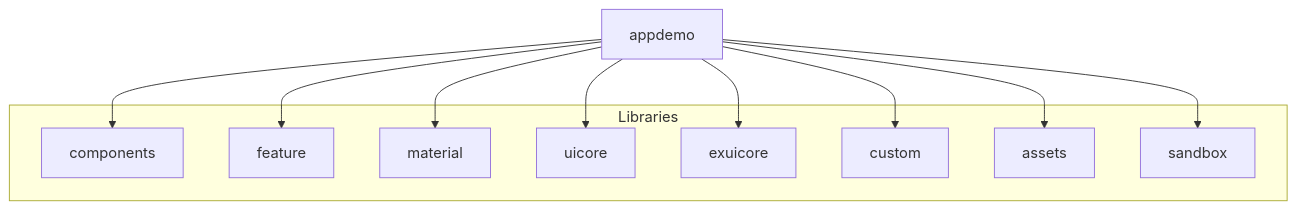
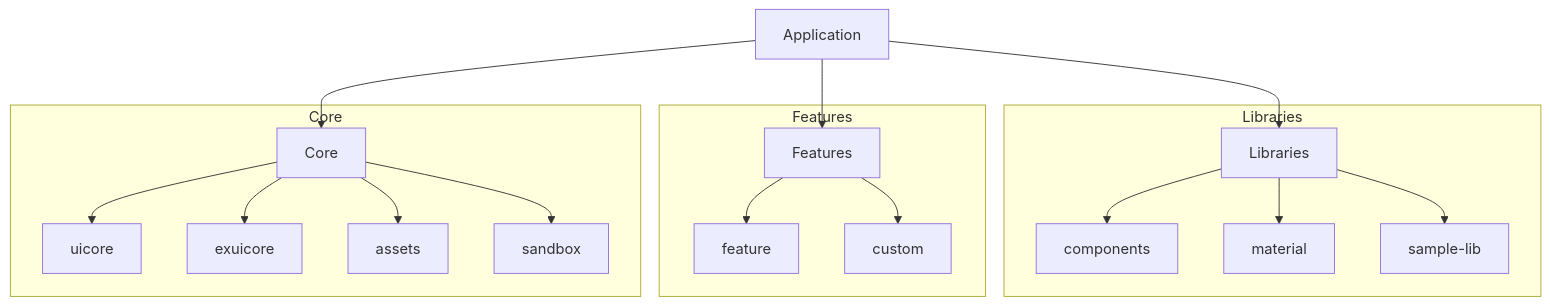
Before and after one commit to HankTk/app-builder: the diagram in README.md, drawn with Mermaid. The commit also changed other lines of this file and 3 other files, not shown here.

````diff
--- a/README.md
+++ b/README.md
@@ -62,22 +63,24 @@
 ```mermaid
 graph TD
-    A[appdemo] --> B[components]
-    A --> C[feature]
-    A --> D[material]
-    A --> E[uicore]
-    A --> F[exuicore]
-    A --> G[custom]
-    A --> H[assets]
-    A --> I[sandbox]
+    A[Application] --> B[Libraries]
+    A --> C[Features]
+    A --> D[Core]
     
     subgraph Libraries
-        B[components]
-        C[feature]
-        D[material]
-        E[uicore]
-        F[exuicore]
-        G[custom]
-        H[assets]
-        I[sandbox]
+        B --> B1[components]
+        B --> B2[material]
+        B --> B3[sample-lib]
+    end
+    
+    subgraph Features
+        C --> C1[feature]
+        C --> C2[custom]
+    end
+    
+    subgraph Core
+        D --> D1[uicore]
+        D --> D2[exuicore]
+        D --> D3[assets]
+        D --> D4[sandbox]
     end
 ```
````
